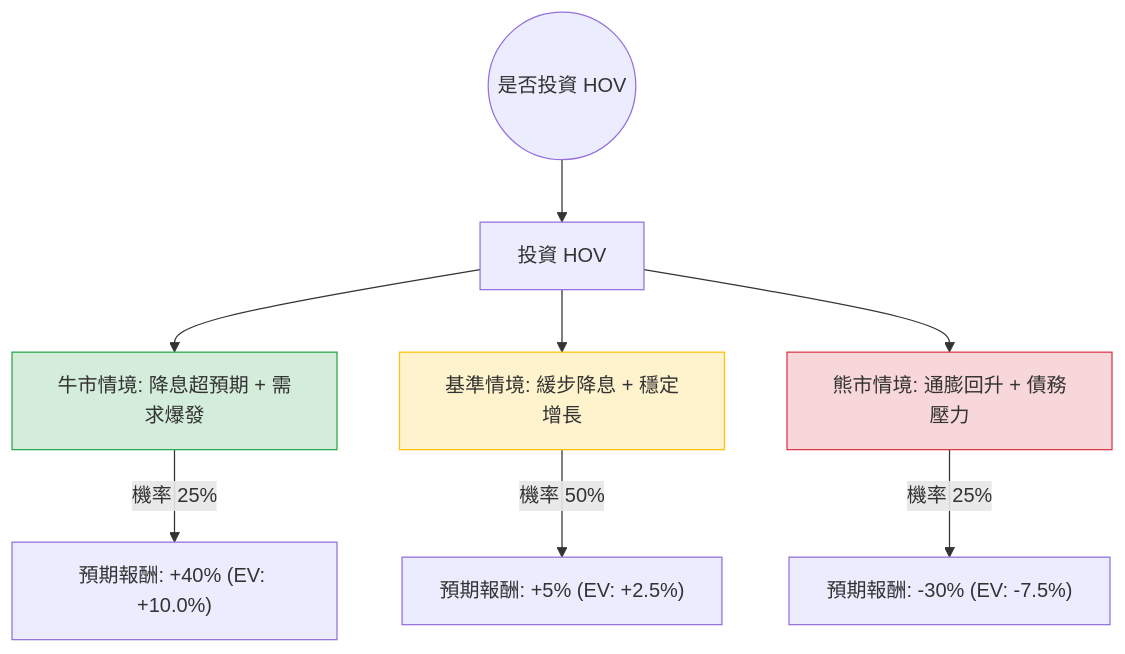
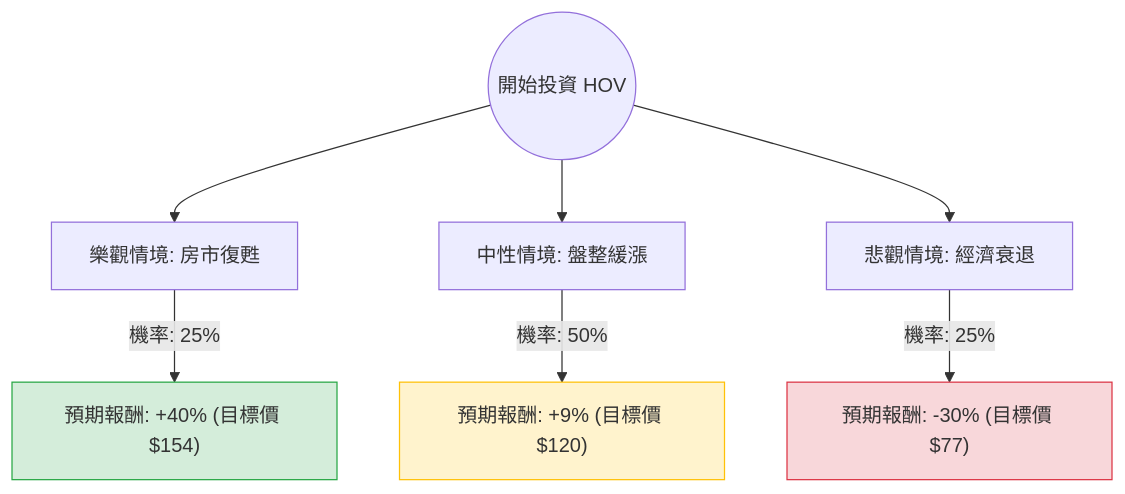
The diagram in plugin-react/ai-analysis/ev-analysis/HOV.md (zmcx16/zmcx16.github.io), drawn with Mermaid before and after one commit. The commit also changed other lines of this file and 80 other files, not shown here.

````diff
--- a/plugin-react/ai-analysis/ev-analysis/HOV.md
+++ b/plugin-react/ai-analysis/ev-analysis/HOV.md
@@ -20,16 +18,14 @@
 ```mermaid
 graph TD
-    Start((是否投資 HOV)) --> Invest[投資 HOV]
-    
-    Invest --> Bull[牛市情境: 降息超預期 + 需求爆發]
-    Invest --> Base[基準情境: 緩步降息 + 穩定增長]
-    Invest --> Bear[熊市情境: 通膨回升 + 債務壓力]
+    Start((開始投資 HOV)) --> Bull[樂觀情境: 房市復甦]
+    Start --> Base[中性情境: 盤整緩漲]
+    Start --> Bear[悲觀情境: 經濟衰退]
 
-    Bull -- "機率 25%" --> BullRet["預期報酬: +40% (EV: +10.0%)"]
-    Base -- "機率 50%" --> BaseRet["預期報酬: +5% (EV: +2.5%)"]
-    Bear -- "機率 25%" --> BearRet["預期報酬: -30% (EV: -7.5%)"]
+    Bull -- "機率: 25%" --> BullVal["預期報酬: +40% (目標價 $154)"]
+    Base -- "機率: 50%" --> BaseVal["預期報酬: +9% (目標價 $120)"]
+    Bear -- "機率: 25%" --> BearVal["預期報酬: -30% (目標價 $77)"]
 
-    style Bull fill:#d4edda,stroke:#28a745
-    style Base fill:#fff3cd,stroke:#ffc107
-    style Bear fill:#f8d7da,stroke:#dc3545
+    style BullVal fill:#d4edda,stroke:#28a745
+    style BaseVal fill:#fff3cd,stroke:#ffc107
+    style BearVal fill:#f8d7da,stroke:#dc3545
 ```
````
